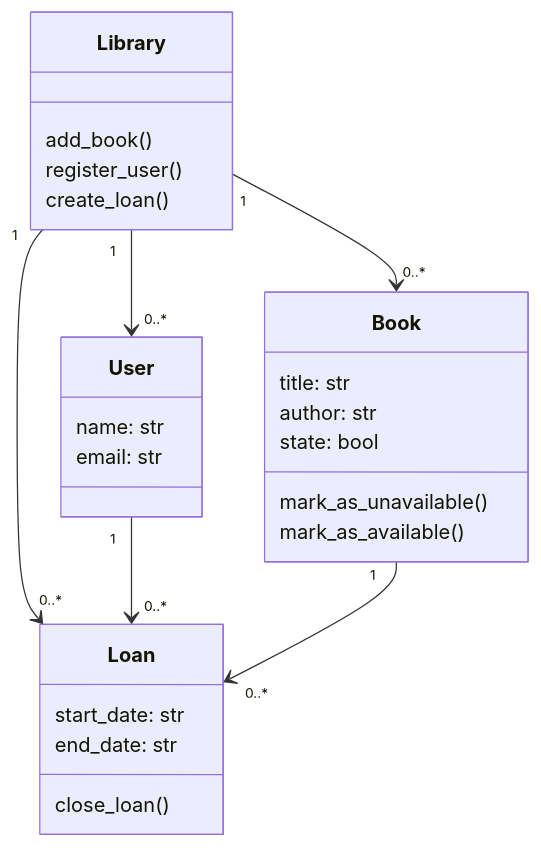
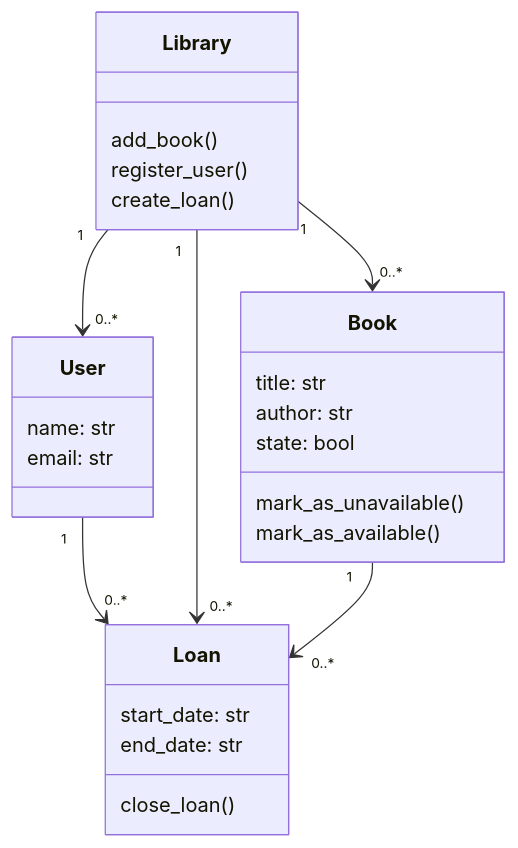
One commit to yaserbr/holbertonschool-sw_design_architecture changed the diagram in uml_intro/0-class_diagram.mmd. Above: the diagram before and after it, drawn with Mermaid. The commit also changed other lines of this file and 1 other file, not shown here.

```diff
--- a/uml_intro/0-class_diagram.mmd
+++ b/uml_intro/0-class_diagram.mmd
@@ -1,33 +1,33 @@
 classDiagram
 
 class Library {
     add_book()
     register_user()
     create_loan()
 }
 
 class Book {
     title: str
     author: str
     state: bool
     mark_as_unavailable()
     mark_as_available()
 }
 
 class User {
     name: str
     email: str
 }
 
 class Loan {
     start_date: str
     end_date: str
     close_loan()
 }
 
 Library "1" --> "0..*" Book
 Library "1" --> "0..*" User
+User "1" --> "0..*" Loan
 Library "1" --> "0..*" Loan
 
-User "1" --> "0..*" Loan
 Book "1" --> "0..*" Loan
```
